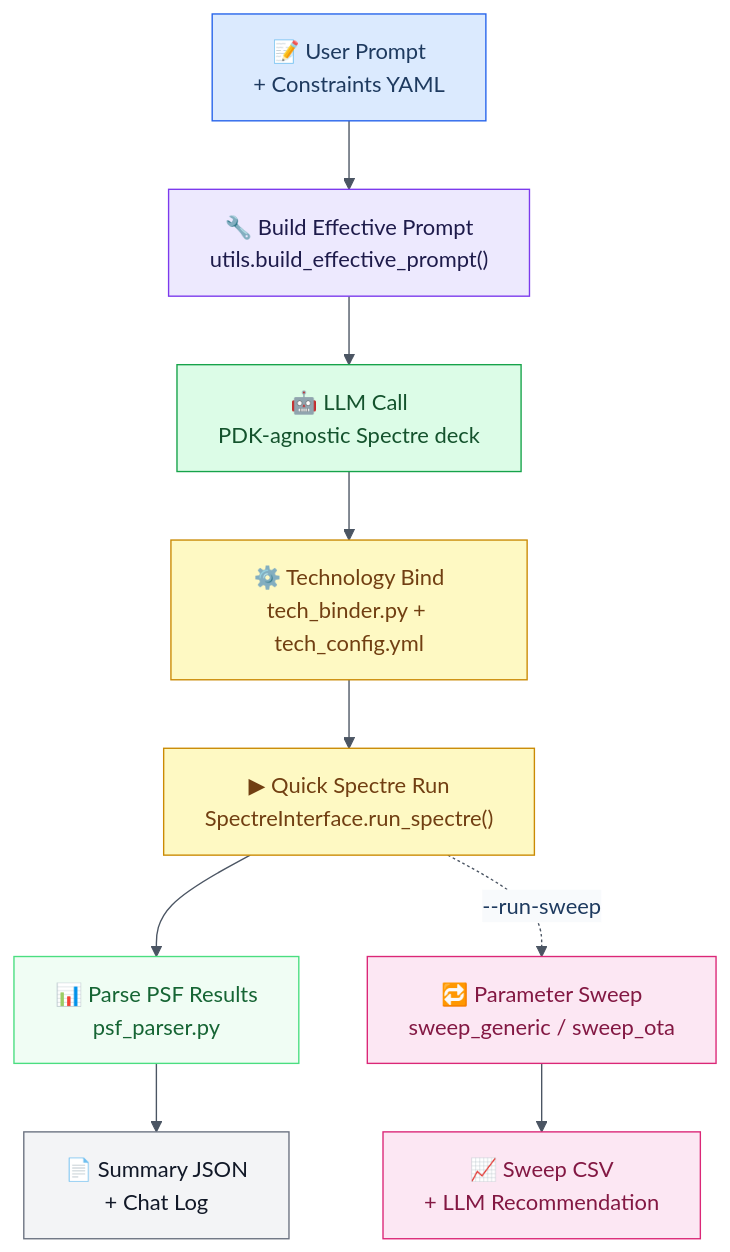
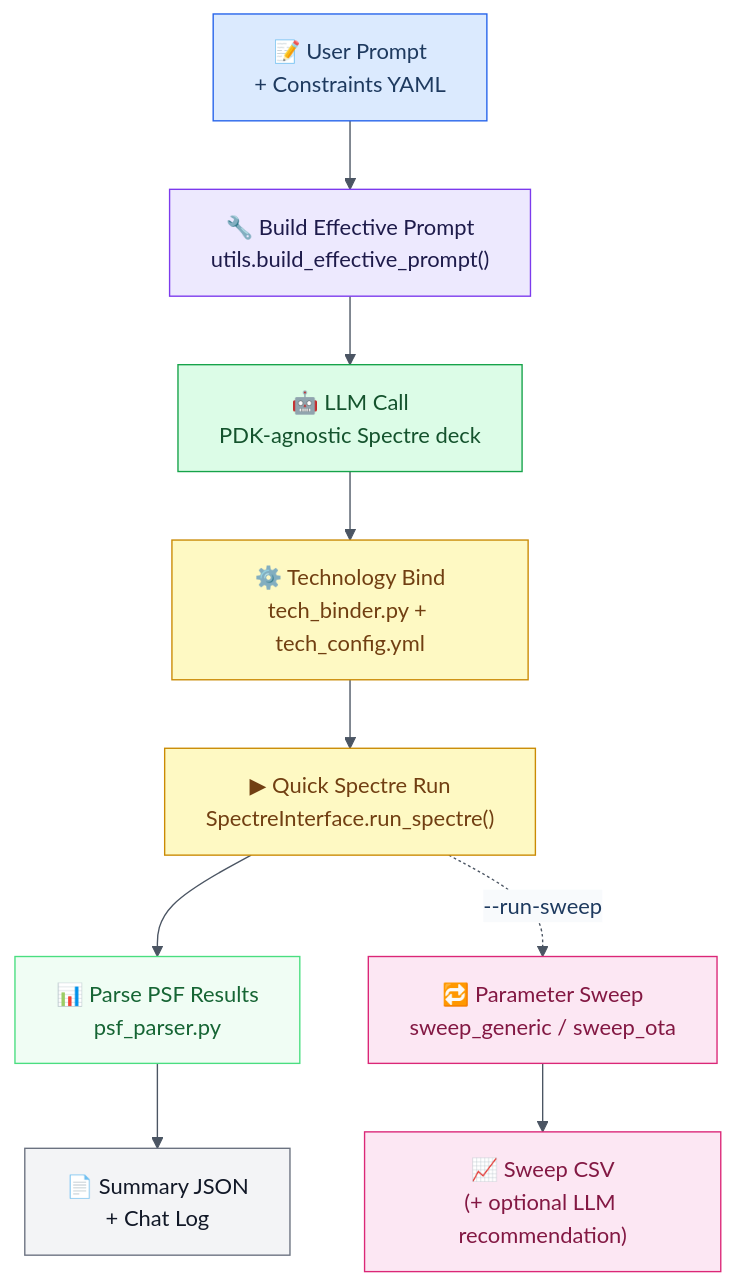
Before and after one commit to aprilaihub/LaMDA: the diagram in LaMDA-Analog/README.md, drawn with Mermaid. The commit also changed other lines of this file and 18 other files, not shown here.

````diff
--- a/LaMDA-Analog/README.md
+++ b/LaMDA-Analog/README.md
@@ -206,20 +230,20 @@
 ```mermaid
 %%{init: {'theme': 'base', 'themeVariables': {'fontSize': '16px', 'primaryColor': '#dbeafe', 'primaryBorderColor': '#2563eb', 'primaryTextColor': '#1e3a5f', 'lineColor': '#4b5563', 'edgeLabelBackground': '#f8fafc'}}}%%
 flowchart TD
     A["📝 User Prompt\n+ Constraints YAML"]:::input --> B["🔧 Build Effective Prompt\nutils.build_effective_prompt()"]:::proc
     B --> C["🤖 LLM Call\nPDK-agnostic Spectre deck"]:::llm
     C --> D["⚙️ Technology Bind\ntech_binder.py + tech_config.yml"]:::eda
   D --> G["▶ Quick Spectre Run\nSpectreInterface.run_spectre()"]:::eda
     G --> H["📊 Parse PSF Results\npsf_parser.py"]:::parse
     H --> I["📄 Summary JSON\n+ Chat Log"]:::output
     G -.->|"--run-sweep"| J["🔁 Parameter Sweep\nsweep_generic / sweep_ota"]:::sweep
-    J --> K["📈 Sweep CSV\n+ LLM Recommendation"]:::sweep
+    J --> K["📈 Sweep CSV\n(+ optional LLM recommendation)"]:::sweep
 
     classDef input   fill:#dbeafe,stroke:#2563eb,color:#1e3a5f
     classDef proc    fill:#ede9fe,stroke:#7c3aed,color:#1e1b4b
     classDef llm     fill:#dcfce7,stroke:#16a34a,color:#14532d
     classDef eda     fill:#fef9c3,stroke:#ca8a04,color:#713f12
     classDef parse   fill:#f0fdf4,stroke:#4ade80,color:#166534
     classDef output  fill:#f3f4f6,stroke:#6b7280,color:#111827
     classDef sweep   fill:#fce7f3,stroke:#db2777,color:#831843
 ```
````
